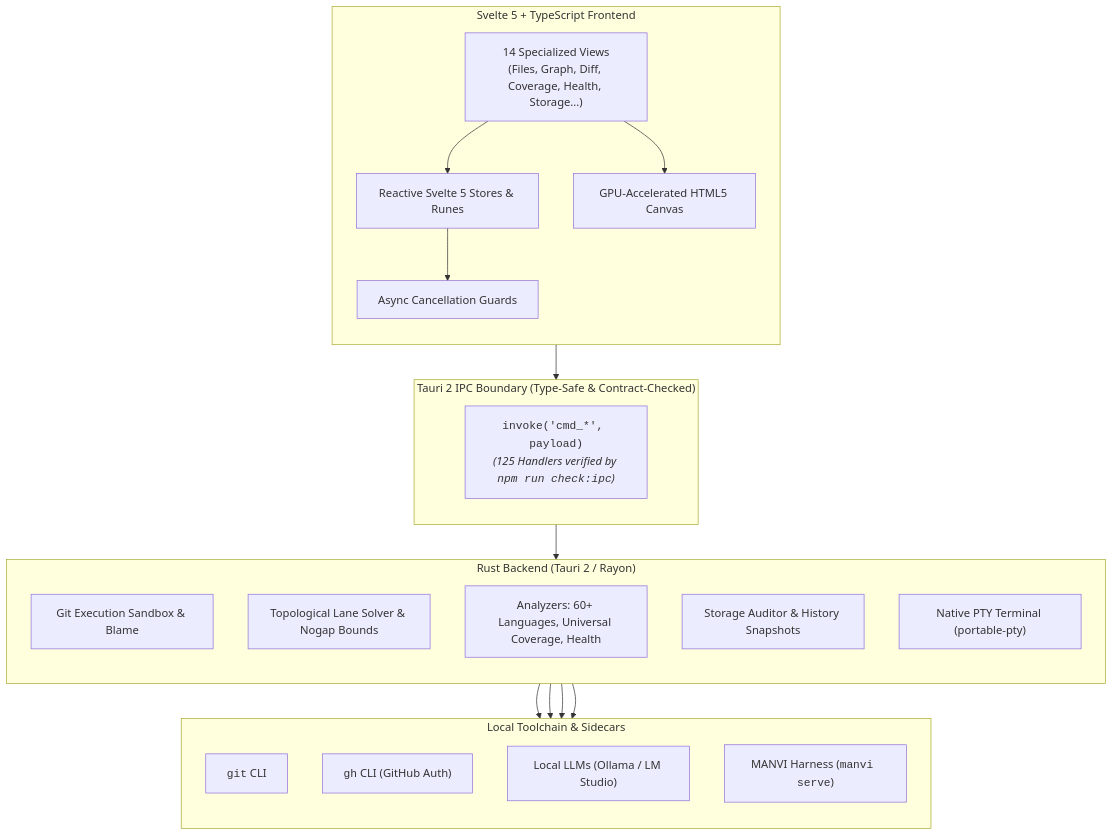
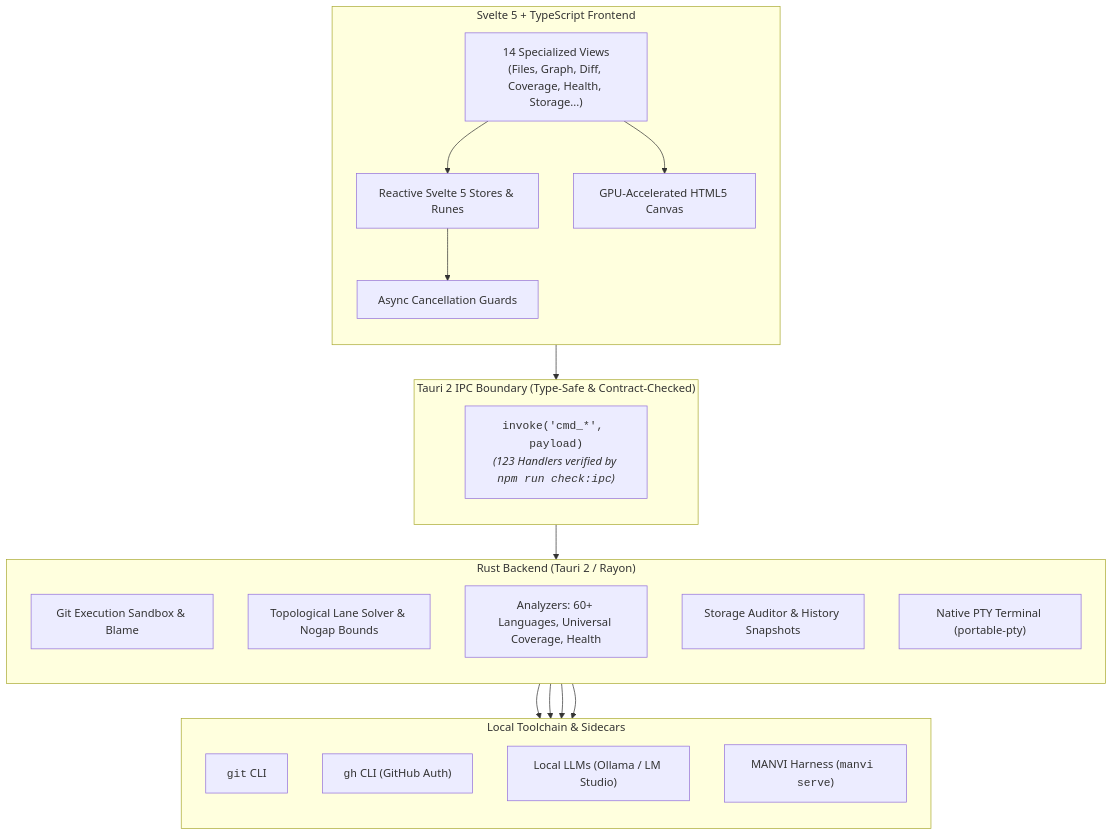
One commit to bharathvbcr/GitPulse changed the first of 4 diagrams in README.md. Above: the diagram before and after it, drawn with Mermaid. The commit also changed other lines of this file and 9 other files, not shown here.

First line of the commit message:
feat(codeintel): say whether there is a code graph, and give the dead queries a consumer

````diff
--- a/README.md
+++ b/README.md
@@ -41,43 +41,43 @@
 ```mermaid
 flowchart TB
     subgraph Frontend["Svelte 5 + TypeScript Frontend"]
         direction TB
         Views["14 Specialized Views<br/>(Files, Graph, Diff, Coverage, Health, Storage...)"]
         Stores["Reactive Svelte 5 Stores & Runes"]
         CanvasEngine["GPU-Accelerated HTML5 Canvas"]
         AsyncGuards["Async Cancellation Guards"]
         
         Views --> Stores
         Views --> CanvasEngine
         Stores --> AsyncGuards
     end
 
     subgraph IPC["Tauri 2 IPC Boundary (Type-Safe & Contract-Checked)"]
         direction TB
-        IPCBridge["<code>invoke('cmd_*', payload)</code><br/><i>(125 Handlers verified by <code>npm run check:ipc</code>)</i>"]
+        IPCBridge["<code>invoke('cmd_*', payload)</code><br/><i>(123 Handlers verified by <code>npm run check:ipc</code>)</i>"]
     end
 
     subgraph Backend["Rust Backend (Tauri 2 / Rayon)"]
         direction TB
         GitSandbox["Git Execution Sandbox & Blame"]
         GraphSolver["Topological Lane Solver & Nogap Bounds"]
         Analyzers["Analyzers: 60+ Languages, Universal Coverage, Health"]
         StorageEngine["Storage Auditor & History Snapshots"]
         TerminalPTY["Native PTY Terminal (portable-pty)"]
     end
 
     subgraph LocalTools["Local Toolchain & Sidecars"]
         direction TB
         GitCLI["<code>git</code> CLI"]
         GhCLI["<code>gh</code> CLI (GitHub Auth)"]
         LocalAI["Local LLMs (Ollama / LM Studio)"]
         ManviSidecar["MANVI Harness (<code>manvi serve</code>)"]
     end
 
     AsyncGuards --> IPCBridge
     IPCBridge --> Backend
     GitSandbox --> GitCLI
     Analyzers --> GhCLI
     Analyzers --> LocalAI
     Backend --> ManviSidecar
 ```
````
